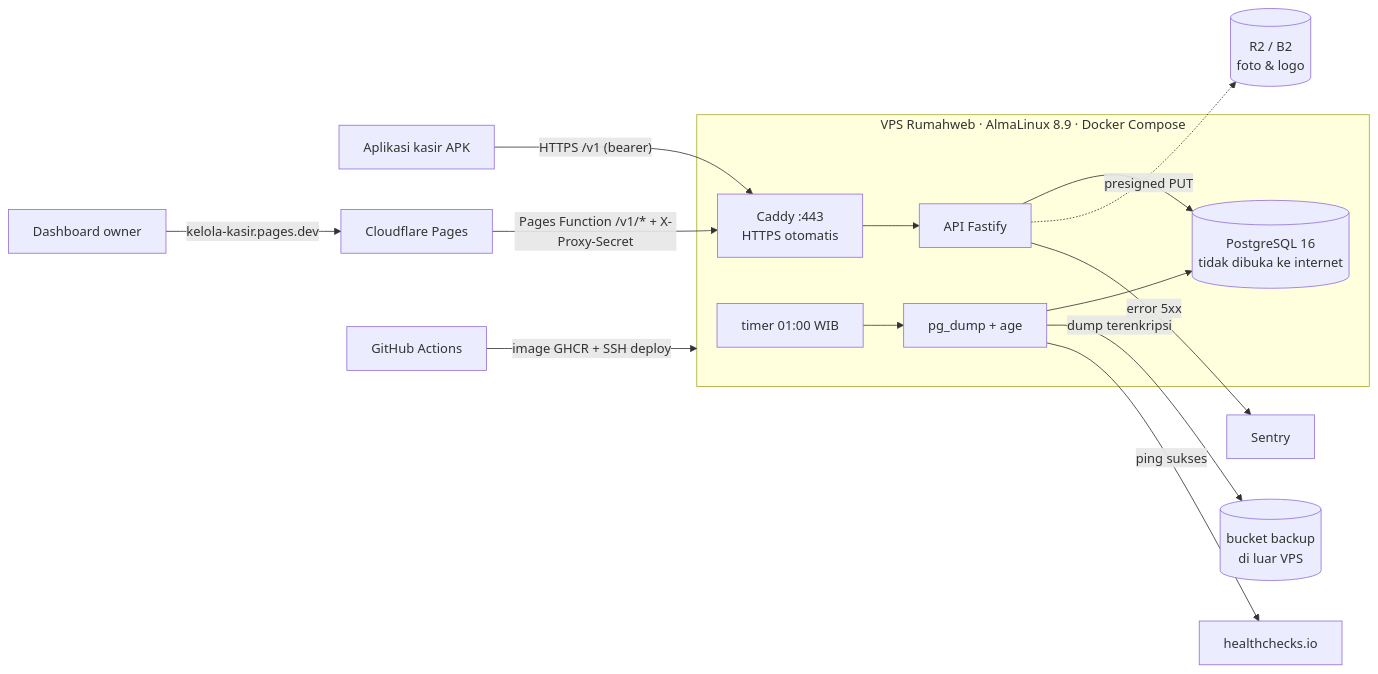
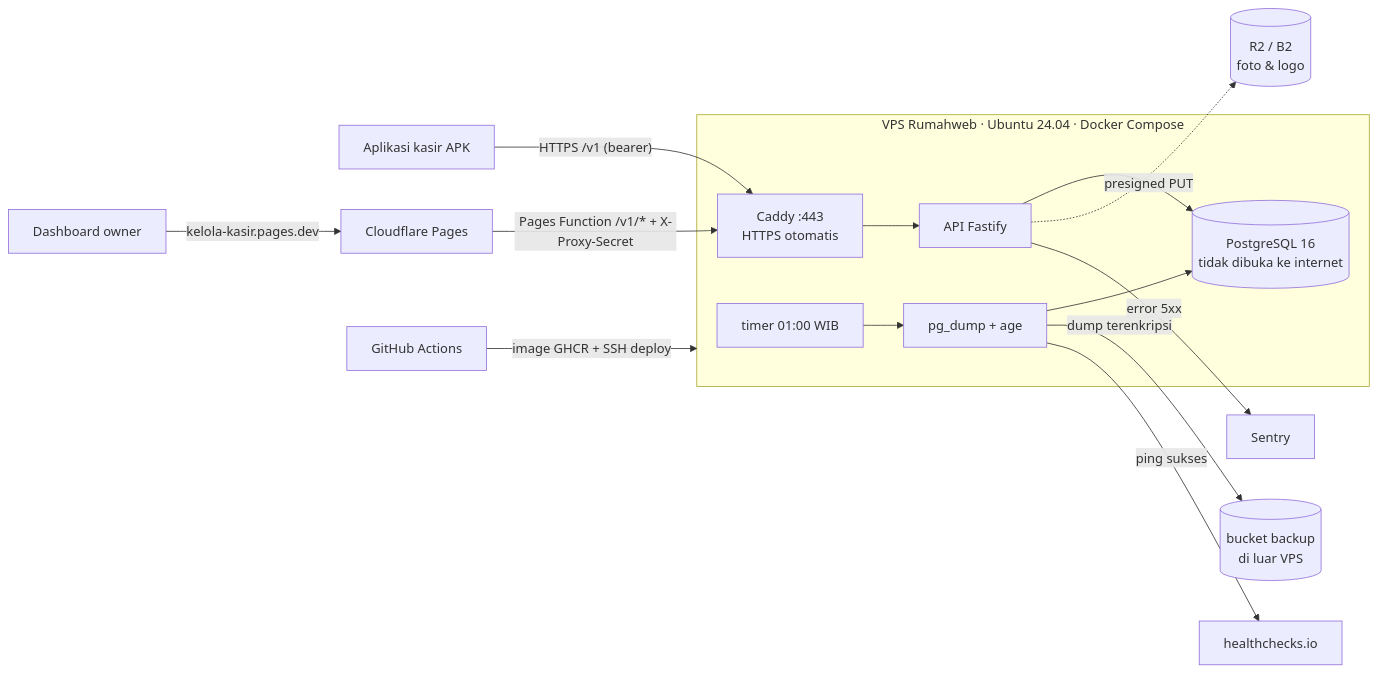
One commit to simanjuntakalbert57/kelola-kasir changed the diagram in docs/ops/deploy.md. Above: the diagram before and after it, drawn with Mermaid. The commit also changed other lines of this file and 3 other files, not shown here.

First line of the commit message:
docs(ops): owner's VPS now runs Ubuntu 24.04

````diff
--- a/docs/ops/deploy.md
+++ b/docs/ops/deploy.md
@@ -9,17 +9,17 @@
 ```mermaid
 flowchart LR
   HP[Aplikasi kasir APK] -- "HTTPS /v1 (bearer)" --> Caddy
   Browser[Dashboard owner] -- "kelola-kasir.pages.dev" --> Pages[Cloudflare Pages]
   Pages -- "Pages Function /v1/* + X-Proxy-Secret" --> Caddy
-  subgraph VPS[VPS Rumahweb · AlmaLinux 8.9 · Docker Compose]
+  subgraph VPS[VPS Rumahweb · Ubuntu 24.04 · Docker Compose]
     Caddy[Caddy :443<br/>HTTPS otomatis] --> API[API Fastify]
     API --> DB[(PostgreSQL 16<br/>tidak dibuka ke internet)]
     Timer[timer 01:00 WIB] --> Backup[pg_dump + age]
     Backup --> DB
   end
   API -. "presigned PUT" .-> R2[(R2 / B2<br/>foto & logo)]
   Backup -- "dump terenkripsi" --> R2b[(bucket backup<br/>di luar VPS)]
   Backup -- "ping sukses" --> HC[healthchecks.io]
   GHA[GitHub Actions] -- "image GHCR + SSH deploy" --> VPS
   API -- "error 5xx" --> Sentry
 ```
````
